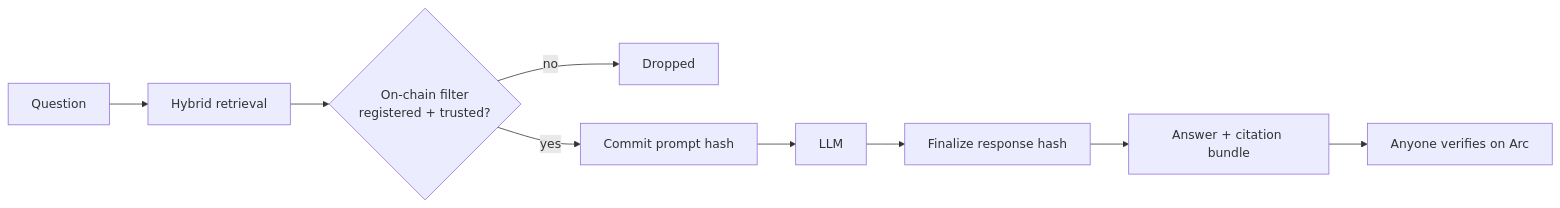
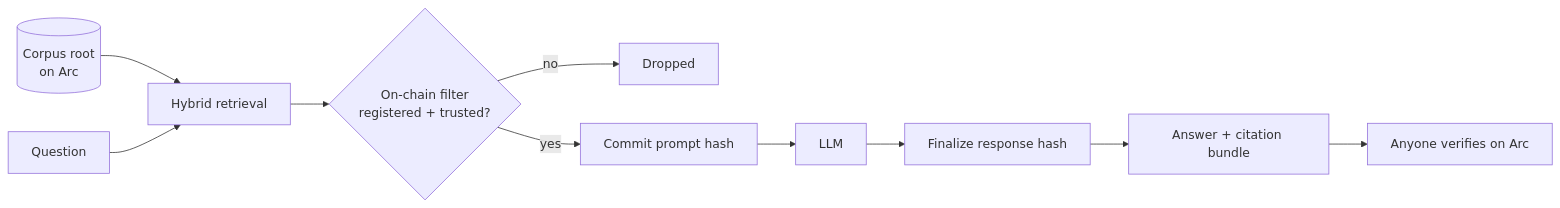
Before and after one commit to xhu703981/onchainverifiableRAG: the diagram in README.md, drawn with Mermaid. The commit also changed other lines of this file and 33 other files, not shown here.

First line of the commit message:
Commit the corpus on Arc: Merkle root + retrieval config in CorpusRegistry, inclusion proofs, in-browser retrieval replay

````diff
--- a/README.md
+++ b/README.md
@@ -14,7 +15,8 @@
 ```mermaid
 flowchart LR
+  K[(Corpus root<br/>on Arc)] --> R
   Q[Question] --> R[Hybrid retrieval] --> F{On-chain filter<br/>registered + trusted?}
   F -- no --> X[Dropped]
   F -- yes --> C[Commit prompt hash] --> M[LLM] --> Z[Finalize response hash] --> A[Answer + citation bundle]
   A --> V[Anyone verifies on Arc]
 ```
````
